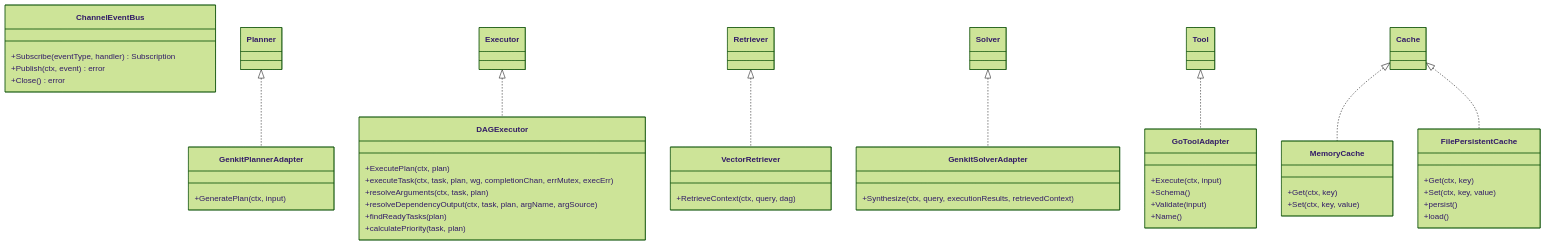
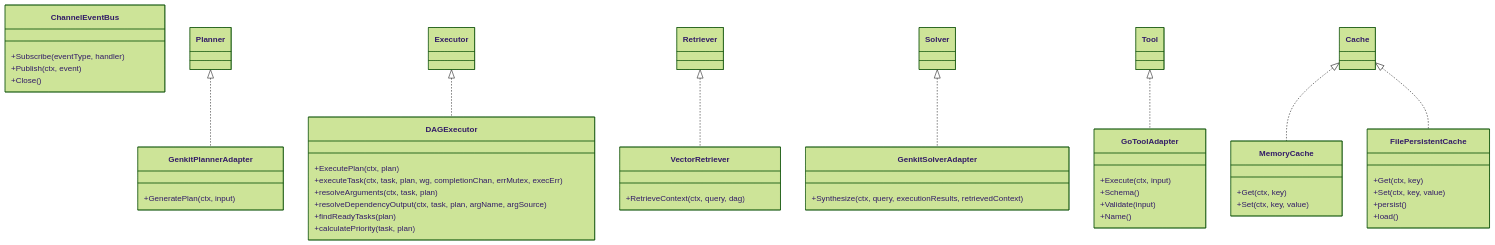
One commit to ZanzyTHEbar/dragonscale-genkit changed the sixth of 8 diagrams in architecture.md. Above: the diagram before and after it, drawn with Mermaid (forest theme). The commit also changed other lines of this file, not shown here.

Commit message:
fix: Correct syntax for type annotations in error classes and event bus methods

````diff
--- a/architecture.md
+++ b/architecture.md
@@ -255,56 +255,56 @@
 ```mermaid
 classDiagram
     class GenkitPlannerAdapter {
         +GeneratePlan(ctx, input)
     }
     
     class DAGExecutor {
         +ExecutePlan(ctx, plan)
         +executeTask(ctx, task, plan, wg, completionChan, errMutex, execErr)
         +resolveArguments(ctx, task, plan)
         +resolveDependencyOutput(ctx, task, plan, argName, argSource)
         +findReadyTasks(plan)
         +calculatePriority(task, plan)
     }
     
     class VectorRetriever {
         +RetrieveContext(ctx, query, dag)
     }
     
     class GenkitSolverAdapter {
         +Synthesize(ctx, query, executionResults, retrievedContext)
     }
     
     class GoToolAdapter {
         +Execute(ctx, input)
         +Schema()
         +Validate(input)
         +Name()
     }
     
     class MemoryCache {
         +Get(ctx, key)
         +Set(ctx, key, value)
     }
     
     class FilePersistentCache {
         +Get(ctx, key)
         +Set(ctx, key, value)
         +persist()
         +load()
     }
     
     class ChannelEventBus {
-        +Subscribe(eventType, handler) Subscription
-        +Publish(ctx, event) error
-        +Close() error
+        +Subscribe(eventType, handler)
+        +Publish(ctx, event)
+        +Close()
     }
     
     Planner <|.. GenkitPlannerAdapter
     Executor <|.. DAGExecutor
     Retriever <|.. VectorRetriever
     Solver <|.. GenkitSolverAdapter
     Tool <|.. GoToolAdapter
     Cache <|.. MemoryCache
     Cache <|.. FilePersistentCache
 ```
````
